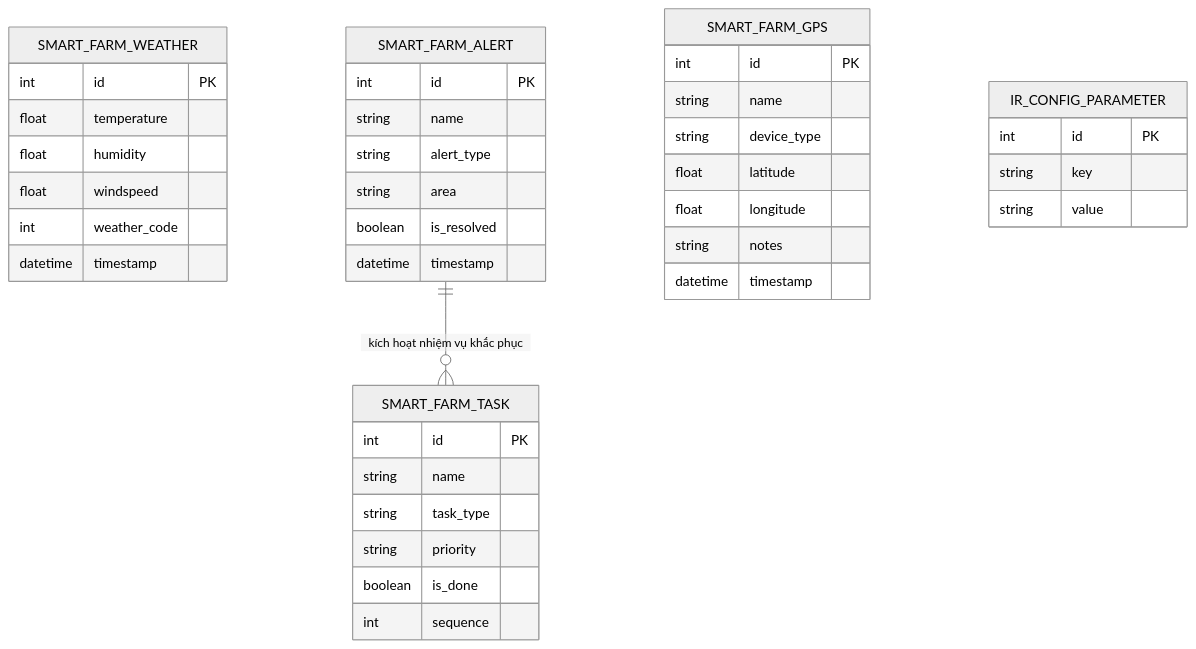
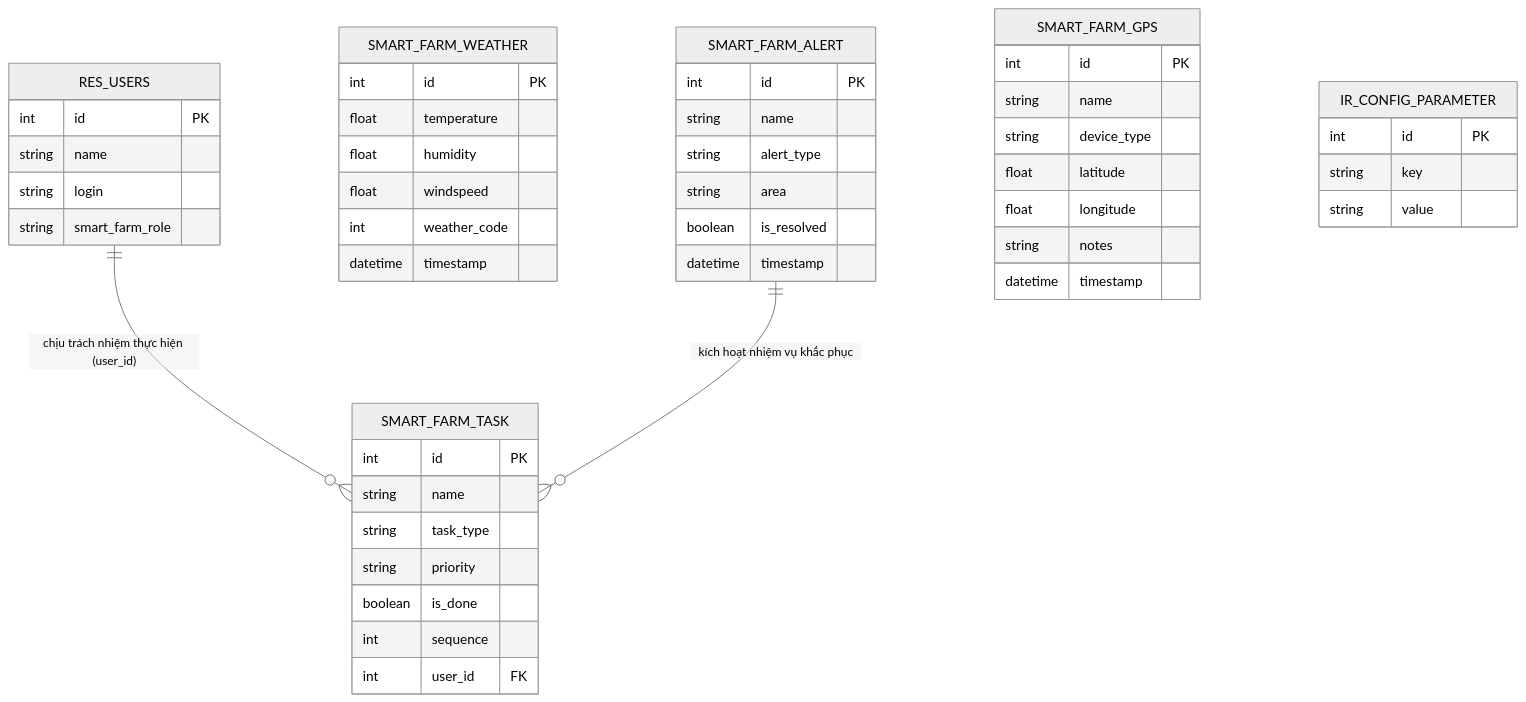
The second of 3 diagrams in Smart-Farm-main/new farm/Farm-Management-main/docs/BAO_CAO_VA_SLIDE_THUYET_TRINH.md (Hung4865/FARM), drawn with Mermaid (neutral theme) before and after one commit. The commit also changed other lines of this file, not shown here.

````diff
--- a/Smart-Farm-main/new farm/Farm-Management-main/docs/BAO_CAO_VA_SLIDE_THUYET_TRINH.md
+++ b/Smart-Farm-main/new farm/Farm-Management-main/docs/BAO_CAO_VA_SLIDE_THUYET_TRINH.md
@@ -212,47 +226,56 @@
 ```mermaid
 erDiagram
+    RES_USERS {
+        int id PK
+        string name
+        string login
+        string smart_farm_role
+    }
+
     SMART_FARM_WEATHER {
         int id PK
         float temperature
         float humidity
         float windspeed
         int weather_code
         datetime timestamp
     }
 
     SMART_FARM_ALERT {
         int id PK
         string name
         string alert_type
         string area
         boolean is_resolved
         datetime timestamp
     }
 
     SMART_FARM_GPS {
         int id PK
         string name
         string device_type
         float latitude
         float longitude
         string notes
         datetime timestamp
     }
 
     SMART_FARM_TASK {
         int id PK
         string name
         string task_type
         string priority
         boolean is_done
         int sequence
+        int user_id FK
     }
 
     IR_CONFIG_PARAMETER {
         int id PK
         string key
         string value
     }
 
+    RES_USERS ||--o{ SMART_FARM_TASK : "chịu trách nhiệm thực hiện (user_id)"
     SMART_FARM_ALERT ||--o{ SMART_FARM_TASK : "kích hoạt nhiệm vụ khắc phục"
 ```
````
